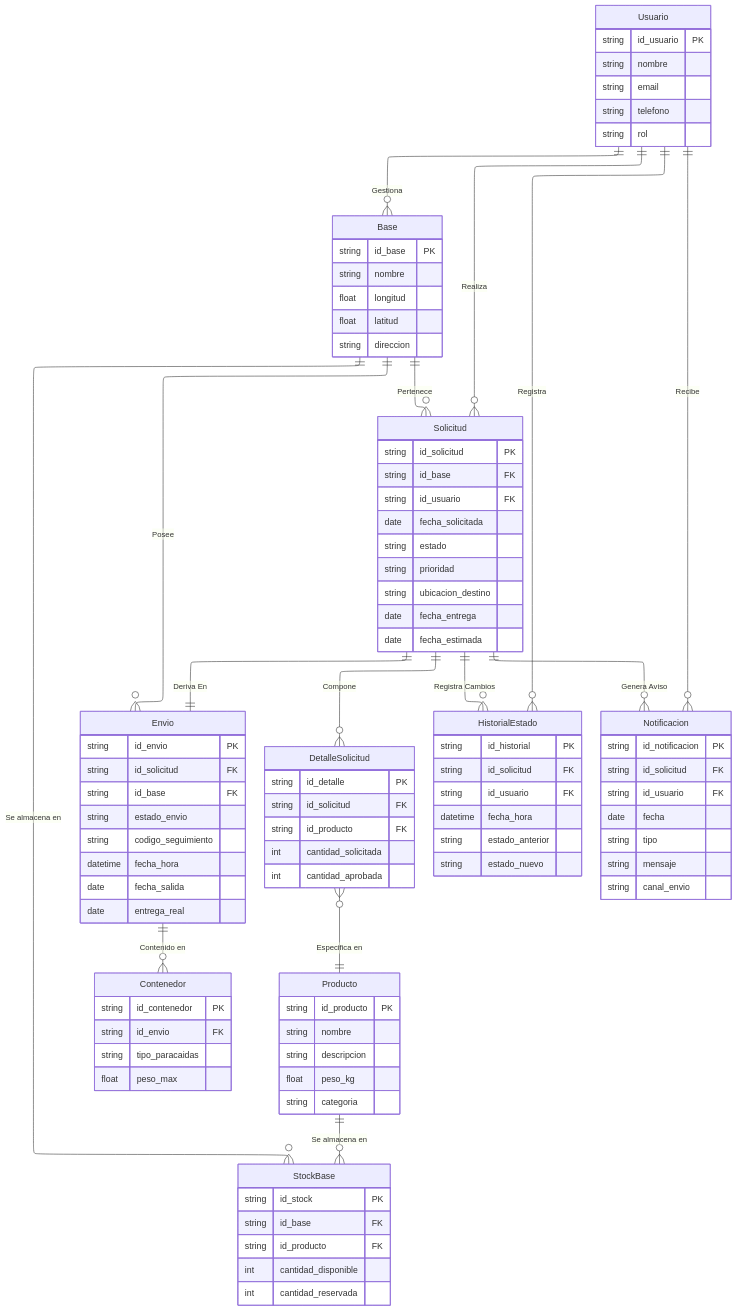
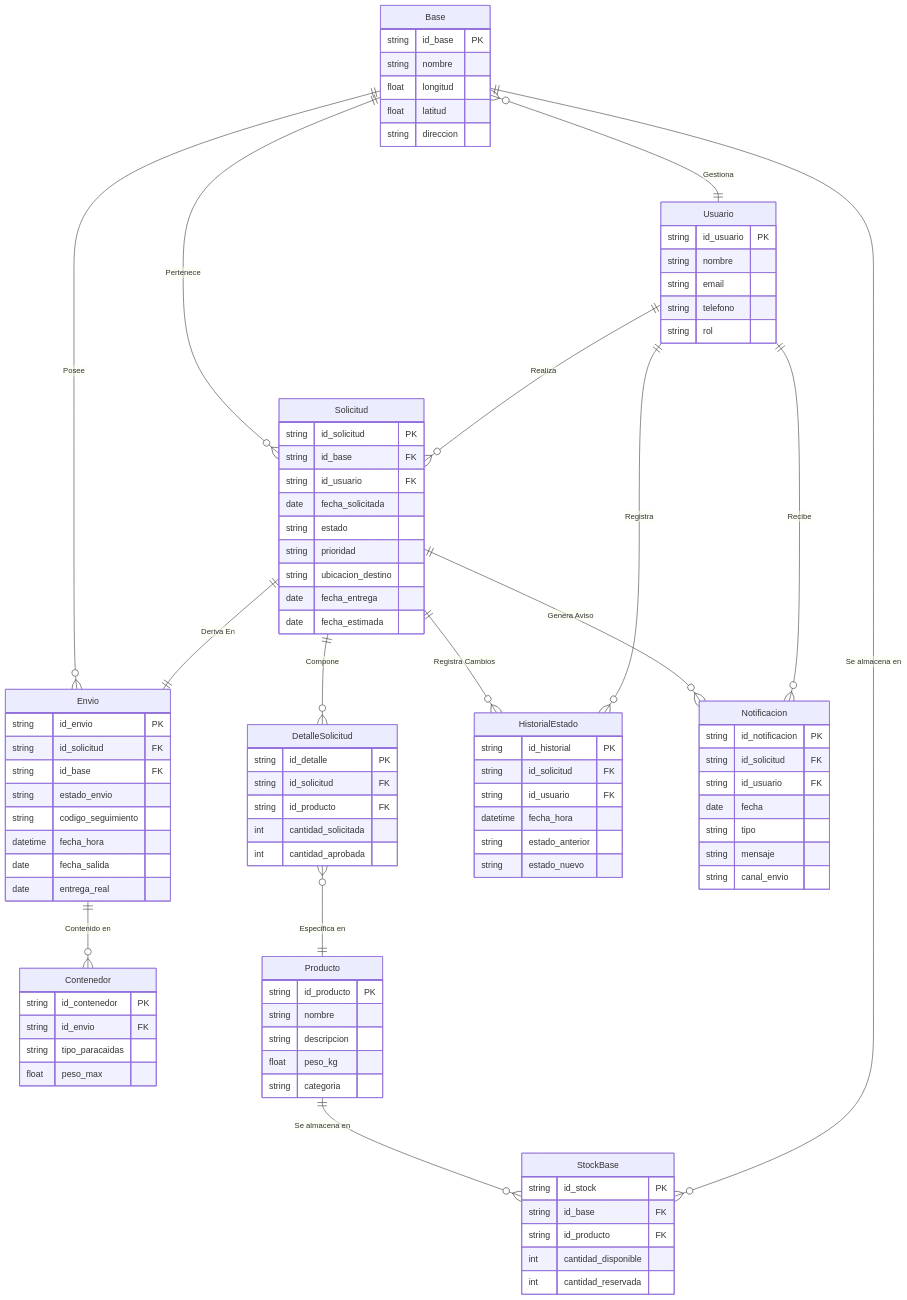
One commit to proyecto-lanzador-de-suministros/Proyecto-lanzar changed the diagram in Documentos/Diagrama-ER.md. Above: the diagram before and after it, drawn with Mermaid.

Commit message:
Update Diagrama-ER.md
más legible

````diff
--- a/Documentos/Diagrama-ER.md
+++ b/Documentos/Diagrama-ER.md
@@ -3,8 +3,8 @@
 ```mermaid
----
-config:
-  layout: elk
----
+%%---
+%%config:
+  %%layout: elk
+%%---
 erDiagram
     Usuario {
         string id_usuario PK
@@ -33,6 +33,7 @@
         date fecha_entrega
         date fecha_estimada
     }
+    
 
     Envio {
         string id_envio PK
@@ -94,12 +95,12 @@
         string mensaje
         string canal_envio
     }
-
     Usuario ||--o{ Solicitud : "Realiza"
-    Usuario ||--o{ Base : "Gestiona"
+    Base ||--o{ Solicitud : "Pertenece"
+    Base }o--||Usuario: "Gestiona"
     Usuario ||--o{ HistorialEstado : "Registra"
     Usuario ||--o{ Notificacion : "Recibe"
-    Base ||--o{ Solicitud : "Pertenece"
+    
     Solicitud ||--|| Envio : "Deriva En"
     Base ||--o{ StockBase : "Se almacena en"
     Base ||--o{ Envio : "Posee"
@@ -110,5 +111,5 @@
     Envio ||--o{ Contenedor : "Contenido en"
     DetalleSolicitud }o--|| Producto : "Especifica en"
       
-    Producto ||--o{ StockBase : "Se almacena en"  
+    Producto ||--o{ StockBase : "Se almacena en"
 ```
````
